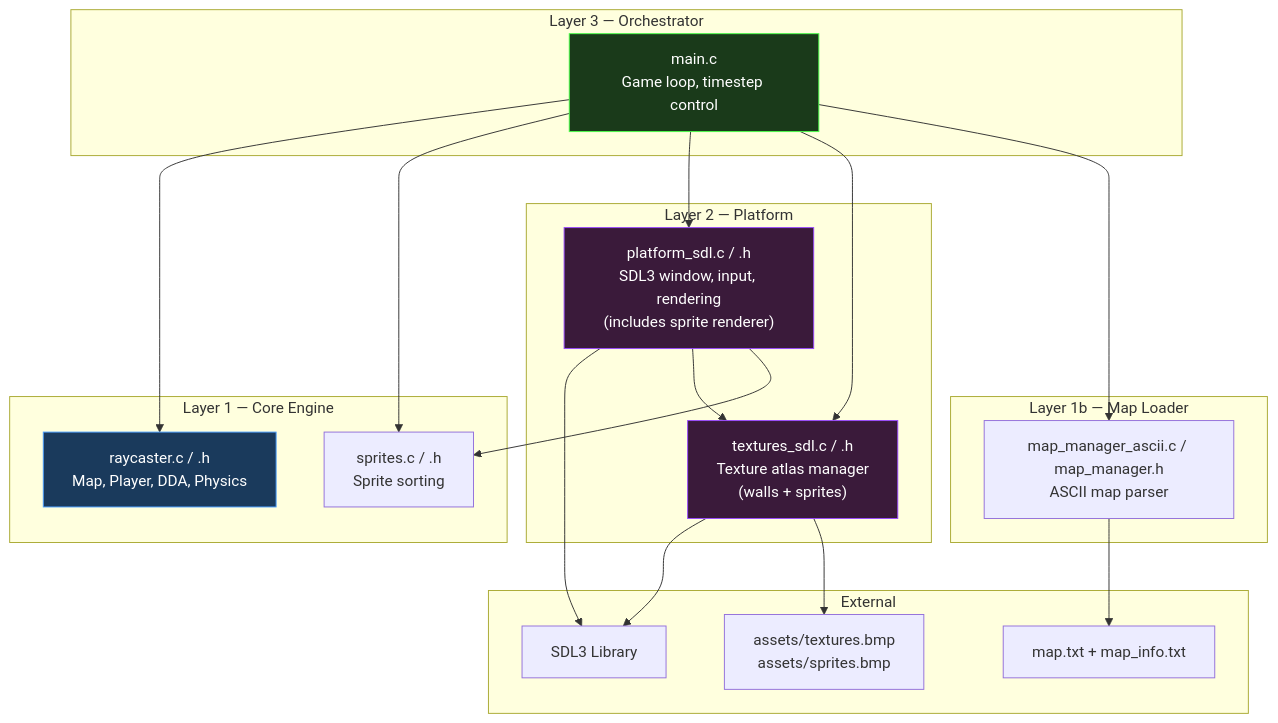
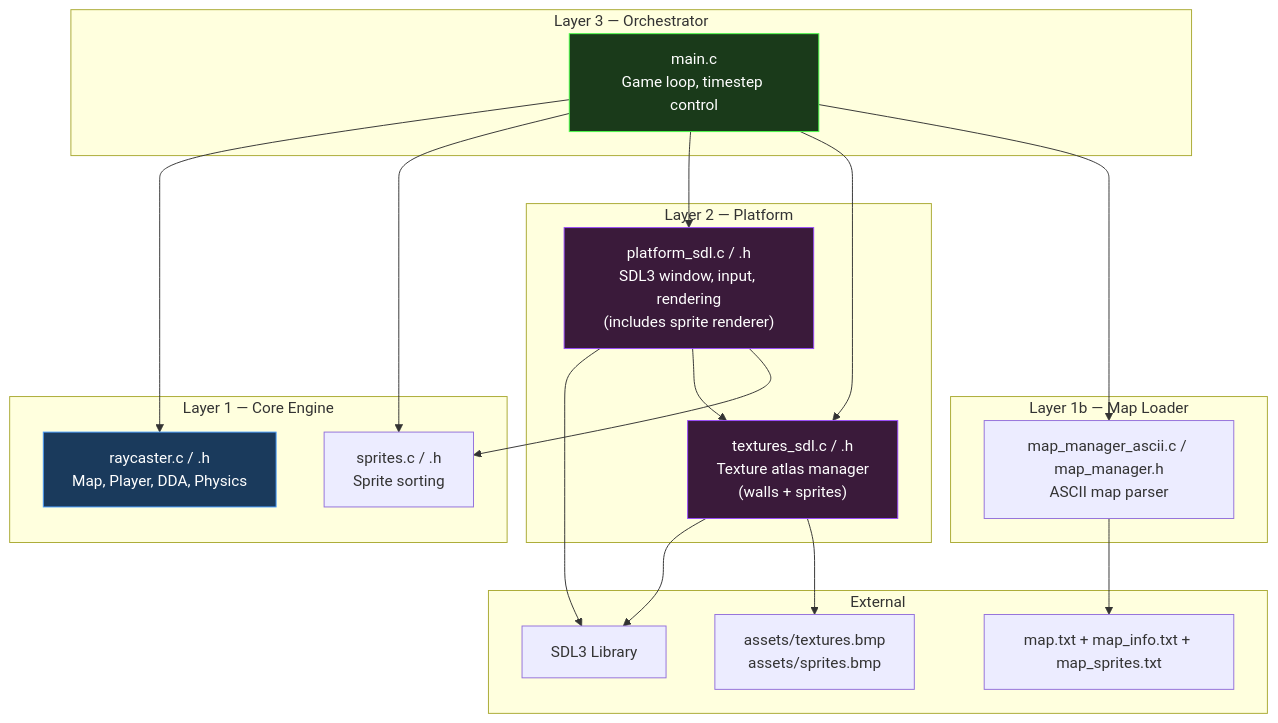
One commit to seanhodges/simple-3d-raycaster-game changed the first of 5 diagrams in docs/ARCHITECTURE.md. Above: the diagram before and after it, drawn with Mermaid. The commit also changed other lines of this file and 15 other files, not shown here.

````diff
--- a/docs/ARCHITECTURE.md
+++ b/docs/ARCHITECTURE.md
@@ -25,43 +25,43 @@
 ```mermaid
 graph TB
     subgraph "Layer 3 — Orchestrator"
         MAIN["main.c<br/>Game loop, timestep control"]
     end
 
     subgraph "Layer 1 — Core Engine"
         RC["raycaster.c / .h<br/>Map, Player, DDA, Physics"]
         SPR["sprites.c / .h<br/>Sprite sorting"]
     end
 
     subgraph "Layer 2 — Platform"
         PLAT["platform_sdl.c / .h<br/>SDL3 window, input, rendering<br/>(includes sprite renderer)"]
         TEX["textures_sdl.c / .h<br/>Texture atlas manager<br/>(walls + sprites)"]
     end
 
     subgraph "External"
         SDL3["SDL3 Library"]
-        MAP["map.txt + map_info.txt"]
+        MAP["map.txt + map_info.txt + map_sprites.txt"]
         BMP["assets/textures.bmp<br/>assets/sprites.bmp"]
     end
 
     MAIN --> RC
     MAIN --> SPR
     MAIN --> PLAT
     MAIN --> TEX
     PLAT --> SDL3
     PLAT --> TEX
     PLAT --> SPR
     TEX --> SDL3
     TEX --> BMP
     subgraph "Layer 1b — Map Loader"
         MAPMOD["map_manager_ascii.c / map_manager.h<br/>ASCII map parser"]
     end
 
     MAIN --> MAPMOD
     MAPMOD --> MAP
 
     style RC fill:#1a3a5c,stroke:#4a9eff,color:#fff
     style PLAT fill:#3a1a3a,stroke:#9a4aff,color:#fff
     style TEX fill:#3a1a3a,stroke:#9a4aff,color:#fff
     style MAIN fill:#1a3a1a,stroke:#4aff4a,color:#fff
 ```
````
